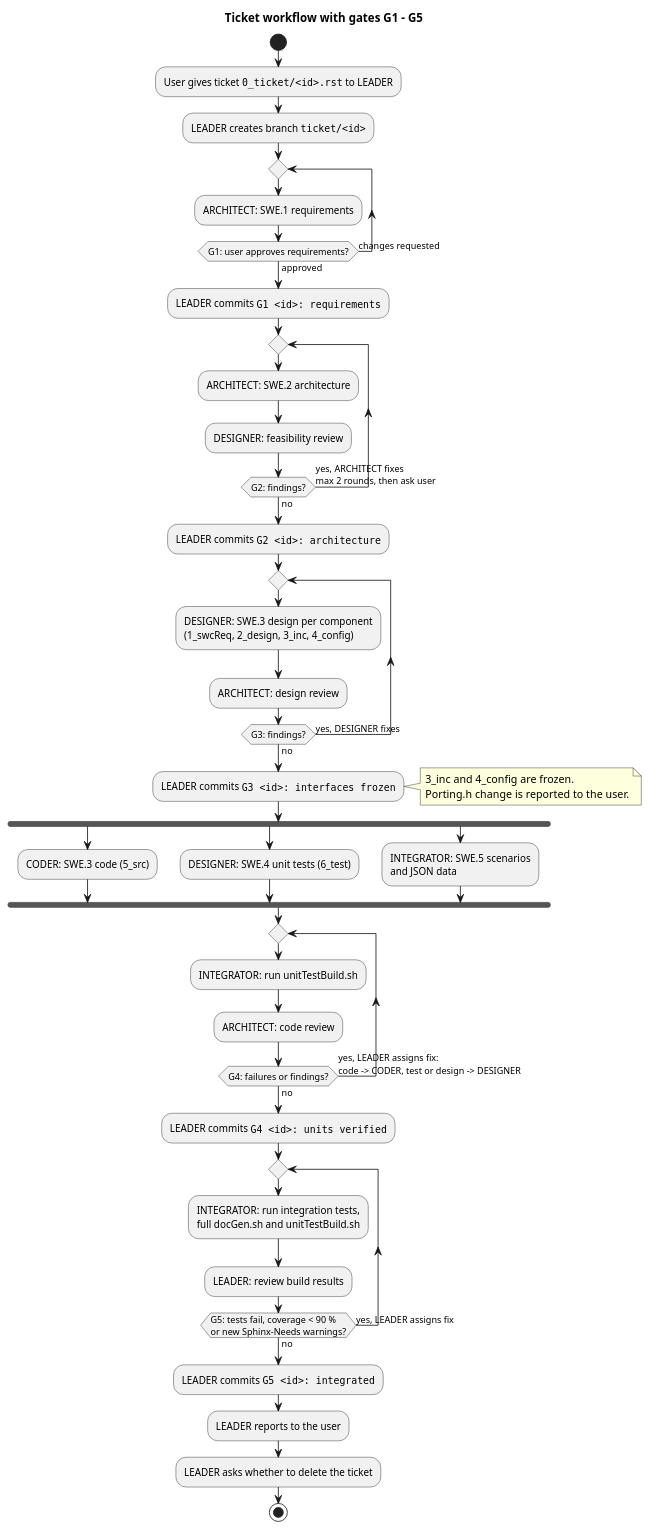
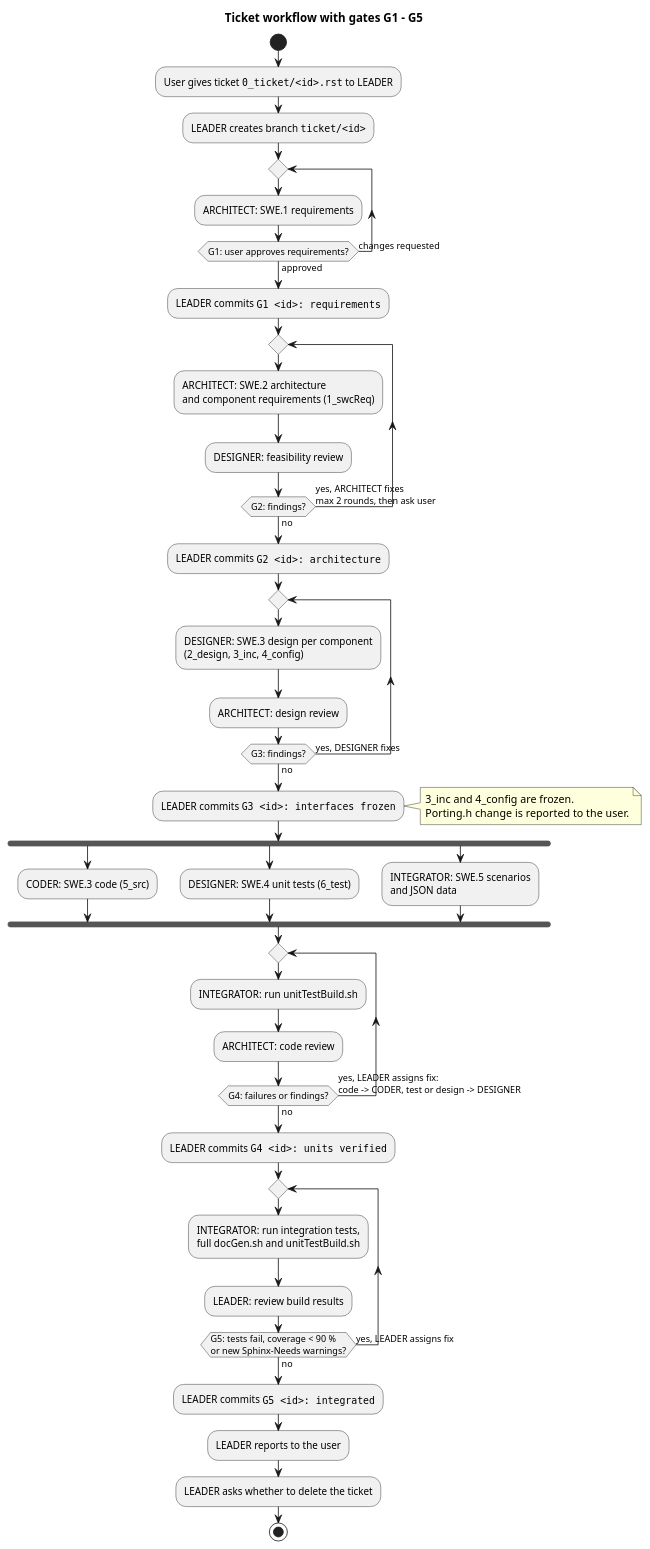
The diagram in .agents/workflowGates.puml (LinhTrucVo/Bico_Protocol_Bridge), drawn with PlantUML before and after one commit. The commit also changed 12 other files, not shown here.

Commit message:
add the swcreq task to architect agent

```diff
--- a/.agents/workflowGates.puml
+++ b/.agents/workflowGates.puml
@@ -1,50 +1,50 @@
 @startuml
 title Ticket workflow with gates G1 - G5
 
 start
 :User gives ticket ""0_ticket/<id>.rst"" to LEADER;
 :LEADER creates branch ""ticket/<id>"";
 
 repeat
   :ARCHITECT: SWE.1 requirements;
 repeat while (G1: user approves requirements?) is (changes requested) not (approved)
 :LEADER commits ""G1 <id>: requirements"";
 
 repeat
-  :ARCHITECT: SWE.2 architecture;
+  :ARCHITECT: SWE.2 architecture\nand component requirements (1_swcReq);
   :DESIGNER: feasibility review;
 repeat while (G2: findings?) is (yes, ARCHITECT fixes\nmax 2 rounds, then ask user) not (no)
 :LEADER commits ""G2 <id>: architecture"";
 
 repeat
-  :DESIGNER: SWE.3 design per component\n(1_swcReq, 2_design, 3_inc, 4_config);
+  :DESIGNER: SWE.3 design per component\n(2_design, 3_inc, 4_config);
   :ARCHITECT: design review;
 repeat while (G3: findings?) is (yes, DESIGNER fixes) not (no)
 :LEADER commits ""G3 <id>: interfaces frozen"";
 note right: 3_inc and 4_config are frozen.\nPorting.h change is reported to the user.
 
 fork
   :CODER: SWE.3 code (5_src);
 fork again
   :DESIGNER: SWE.4 unit tests (6_test);
 fork again
   :INTEGRATOR: SWE.5 scenarios\nand JSON data;
 end fork
 
 repeat
   :INTEGRATOR: run unitTestBuild.sh;
   :ARCHITECT: code review;
 repeat while (G4: failures or findings?) is (yes, LEADER assigns fix:\ncode -> CODER, test or design -> DESIGNER) not (no)
 :LEADER commits ""G4 <id>: units verified"";
 
 repeat
   :INTEGRATOR: run integration tests,\nfull docGen.sh and unitTestBuild.sh;
   :LEADER: review build results;
 repeat while (G5: tests fail, coverage < 90 %\nor new Sphinx-Needs warnings?) is (yes, LEADER assigns fix) not (no)
 :LEADER commits ""G5 <id>: integrated"";
 
 :LEADER reports to the user;
 :LEADER asks whether to delete the ticket;
 stop
 
 @enduml
```
